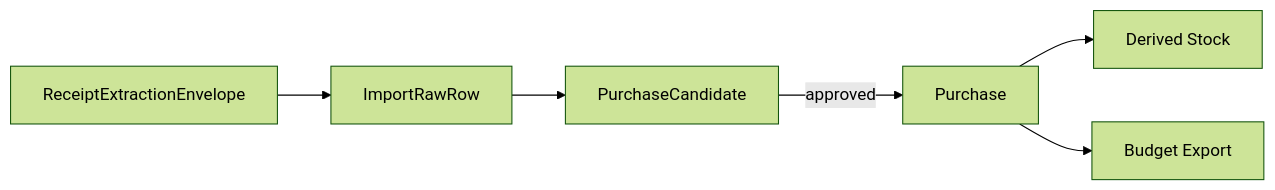
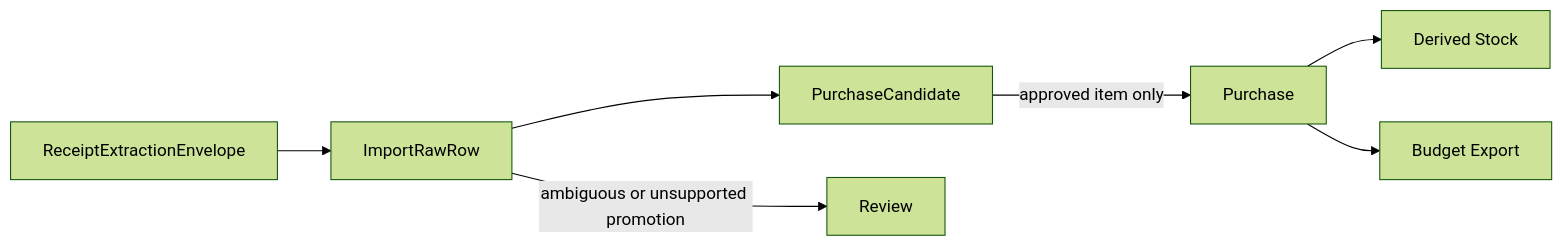
One commit to ryjen/shopping-inventory changed the diagram in docs/schema/canonical-contracts-v1.md. Above: the diagram before and after it, drawn with Mermaid (forest theme). The commit also changed other lines of this file, not shown here.

````diff
--- a/docs/schema/canonical-contracts-v1.md
+++ b/docs/schema/canonical-contracts-v1.md
@@ -7,8 +7,9 @@
 ```mermaid
 flowchart LR
   E[ReceiptExtractionEnvelope] --> R[ImportRawRow]
   R --> C[PurchaseCandidate]
-  C -->|approved| P[Purchase]
+  C -->|approved item only| P[Purchase]
+  R -->|ambiguous or unsupported promotion| Q[Review]
   P --> S[Derived Stock]
   P --> B[Budget Export]
 ```
````
